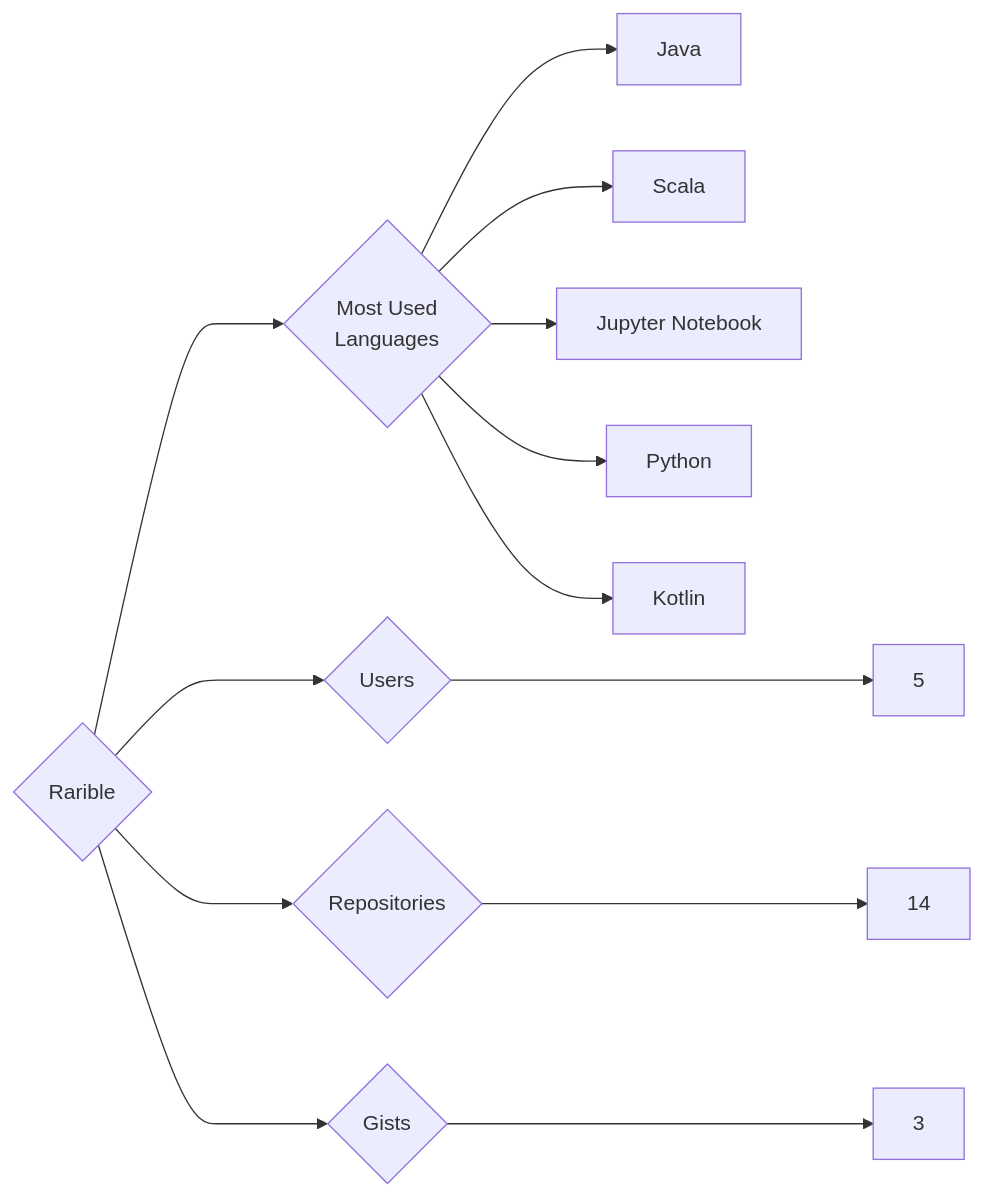
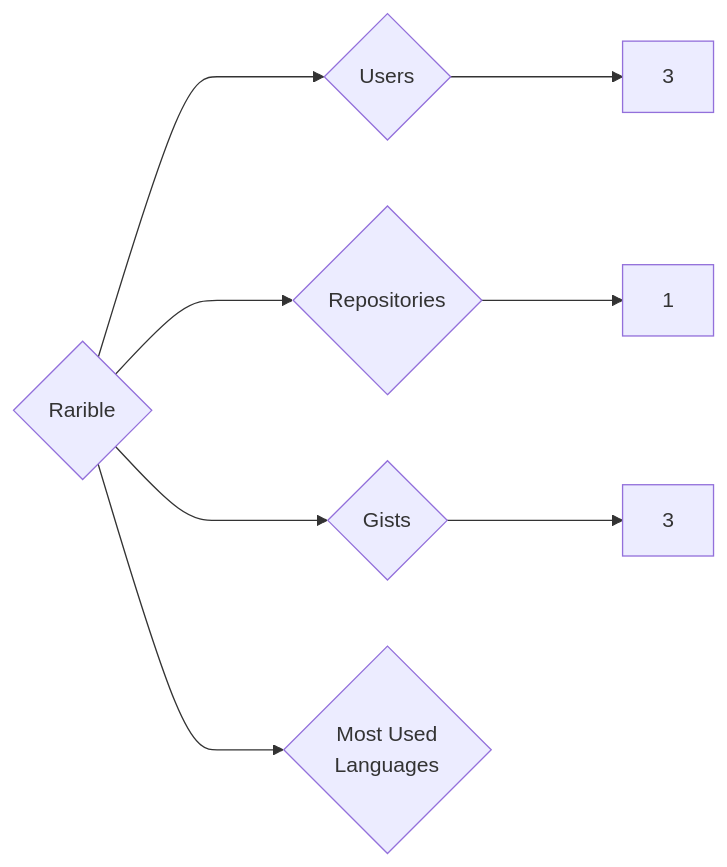
One commit to trickest/insiders changed the diagram in targets/Rarible/README.md. Above: the diagram before and after it, drawn with Mermaid. The commit also changed 1496 other files, not shown here.

````diff
--- a/targets/Rarible/README.md
+++ b/targets/Rarible/README.md
@@ -3,13 +3,8 @@
 ```mermaid
 graph LR
 COMPANY_NAME{Rarible}
-COMPANY_NAME ---> U{Users} ---> UN[5]
-COMPANY_NAME ---> R{Repositories} ---> RN[14]
+COMPANY_NAME ---> U{Users} ---> UN[3]
+COMPANY_NAME ---> R{Repositories} ---> RN[1]
 COMPANY_NAME ---> G{Gists} ---> GN[3]
 COMPANY_NAME ---> ML{Most Used<br>Languages}
-ML --> Java[Java]
-ML --> Scala[Scala]
-ML --> Jupyter_Notebook[Jupyter Notebook]
-ML --> Python[Python]
-ML --> Kotlin[Kotlin]
 ```
````
